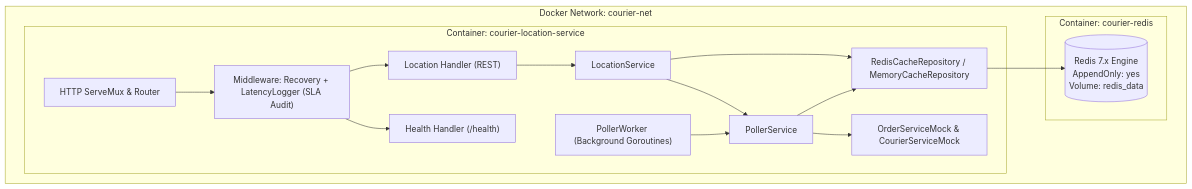
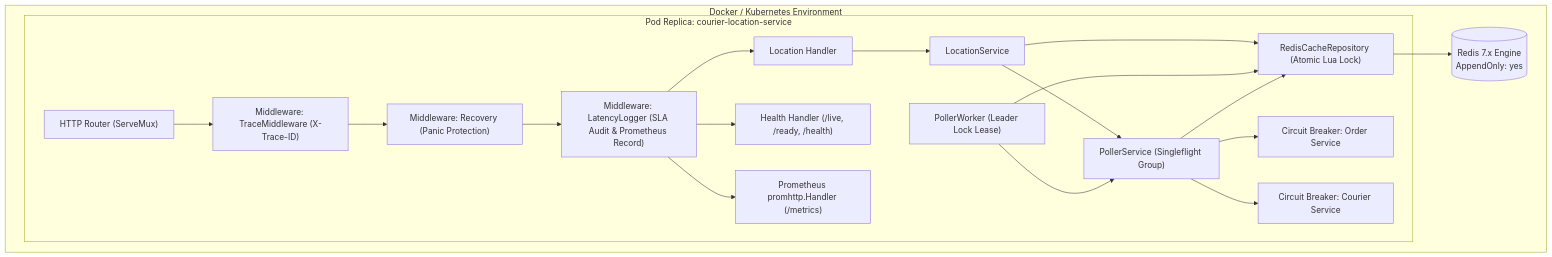
The second of 4 diagrams in docs/SYSTEM_DESIGN.md (mioxin/redis_agy), drawn with Mermaid before and after one commit. The commit also changed other lines of this file and 33 other files, not shown here.

````diff
--- a/docs/SYSTEM_DESIGN.md
+++ b/docs/SYSTEM_DESIGN.md
@@ -59,27 +66,31 @@
 ```mermaid
 flowchart TB
-    subgraph Host ["Docker Network: courier-net"]
-        subgraph AppContainer ["Container: courier-location-service"]
-            Router["HTTP ServeMux & Router"]
-            Middleware["Middleware: Recovery + LatencyLogger (SLA Audit)"]
-            LocationHandler["Location Handler (REST)"]
-            HealthHandler["Health Handler (/health)"]
+    subgraph Host ["Docker / Kubernetes Environment"]
+        subgraph AppContainer ["Pod Replica: courier-location-service"]
+            Router["HTTP Router (ServeMux)"]
+            TraceMW["Middleware: TraceMiddleware (X-Trace-ID)"]
+            RecoveryMW["Middleware: Recovery (Panic Protection)"]
+            LatencyMW["Middleware: LatencyLogger (SLA Audit & Prometheus Record)"]
+            LocationHdl["Location Handler"]
+            HealthHdl["Health Handler (/live, /ready, /health)"]
+            PromHdl["Prometheus promhttp.Handler (/metrics)"]
+            
             LocationSvc["LocationService"]
-            PollerSvc["PollerService"]
-            Worker["PollerWorker (Background Goroutines)"]
-            CacheRepo["RedisCacheRepository / MemoryCacheRepository"]
-            ExternalMocks["OrderServiceMock & CourierServiceMock"]
+            PollerSvc["PollerService (Singleflight Group)"]
+            Worker["PollerWorker (Leader Lock Lease)"]
+            CB_Order["Circuit Breaker: Order Service"]
+            CB_Courier["Circuit Breaker: Courier Service"]
+            CacheRepo["RedisCacheRepository (Atomic Lua Lock)"]
         end
         
-        subgraph RedisContainer ["Container: courier-redis"]
-            RedisEngine[("Redis 7.x Engine\nAppendOnly: yes\nVolume: redis_data")]
-        end
+        RedisEngine[("Redis 7.x Engine\nAppendOnly: yes")]
     end
 
-    Router --> Middleware --> LocationHandler & HealthHandler
-    LocationHandler --> LocationSvc
+    Router --> TraceMW --> RecoveryMW --> LatencyMW
+    LatencyMW --> LocationHdl & HealthHdl & PromHdl
+    LocationHdl --> LocationSvc
     LocationSvc --> CacheRepo & PollerSvc
-    PollerSvc --> CacheRepo & ExternalMocks
-    Worker --> PollerSvc
+    Worker --> PollerSvc & CacheRepo
+    PollerSvc --> CB_Order & CB_Courier & CacheRepo
     CacheRepo --> RedisEngine
 ```
````
